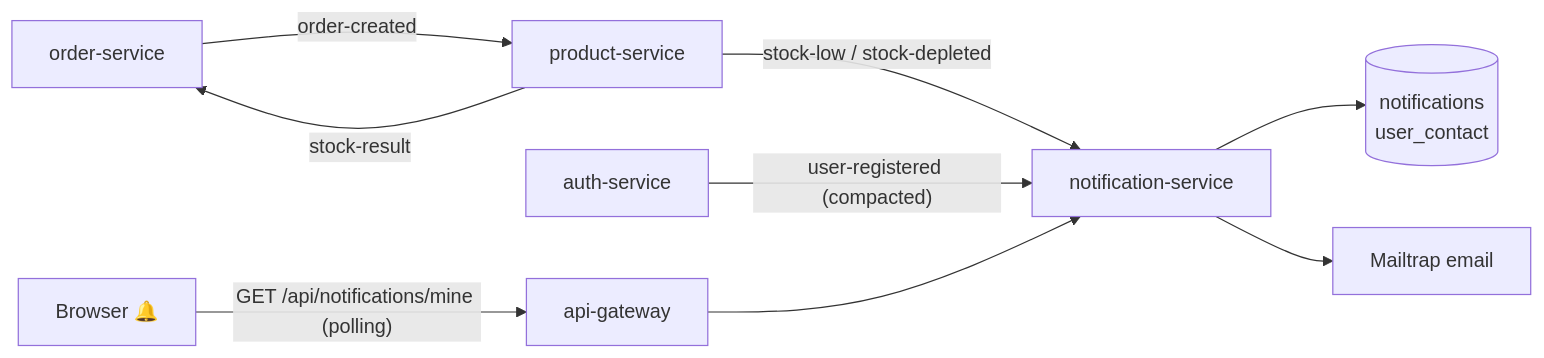
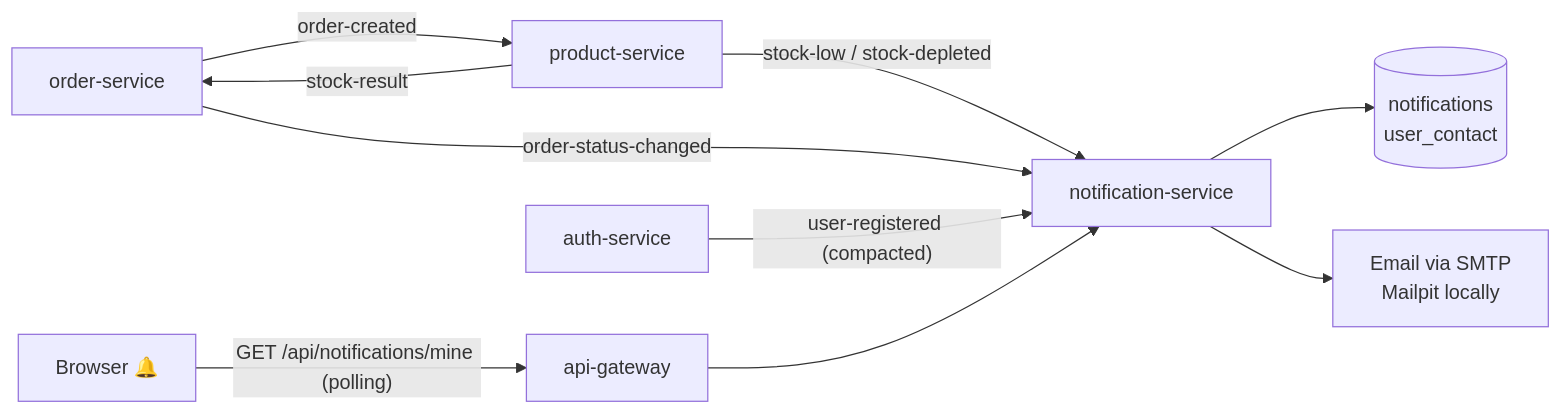
The first of 2 diagrams in README.md (KhaldounDamach2/kh-ecommerce-microservices), drawn with Mermaid before and after one commit. The commit also changed other lines of this file and 7 other files, not shown here.

````diff
--- a/README.md
+++ b/README.md
@@ -261,10 +262,11 @@
 ```mermaid
 flowchart LR
     O[order-service] -- order-created --> P[product-service]
     P -- stock-result --> O
     P -- "stock-low / stock-depleted" --> N[notification-service]
+    O -- order-status-changed --> N
     A[auth-service] -- "user-registered (compacted)" --> N
     N --> DB[(notifications<br/>user_contact)]
-    N --> M[Mailtrap email]
+    N --> M[Email via SMTP<br/>Mailpit locally]
     B[Browser 🔔] -- "GET /api/notifications/mine (polling)" --> G[api-gateway] --> N
 ```
````
